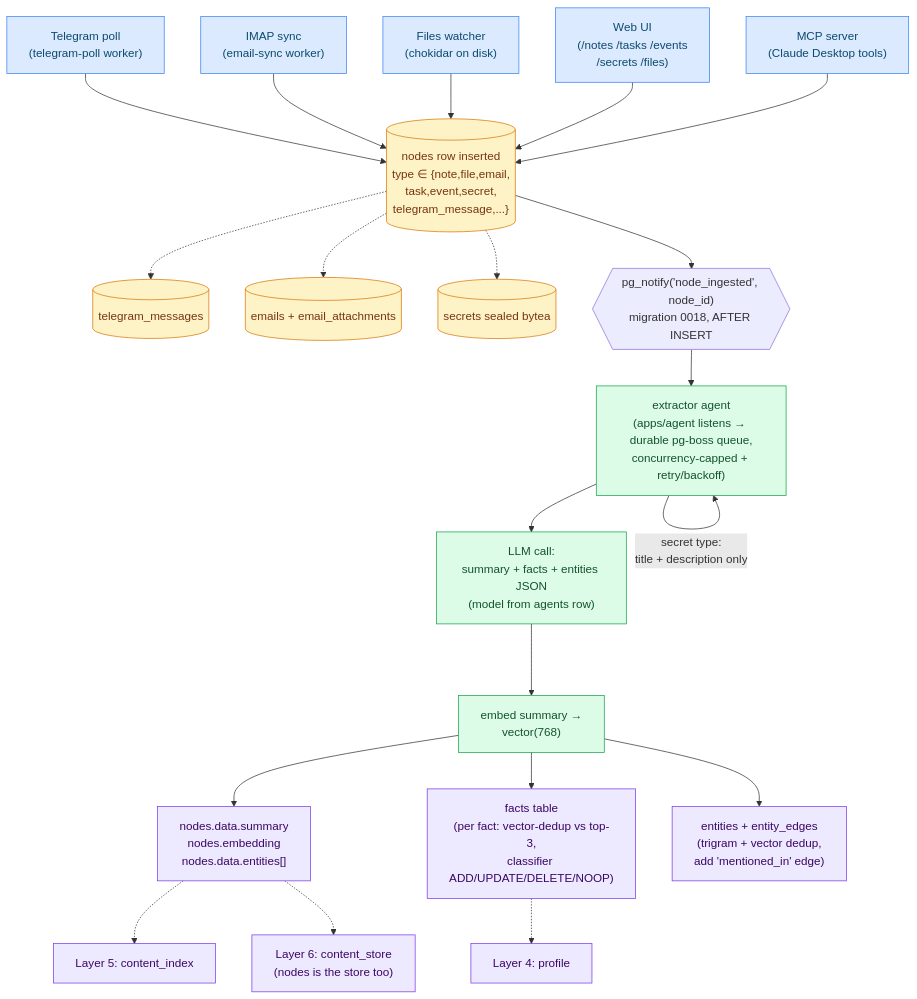
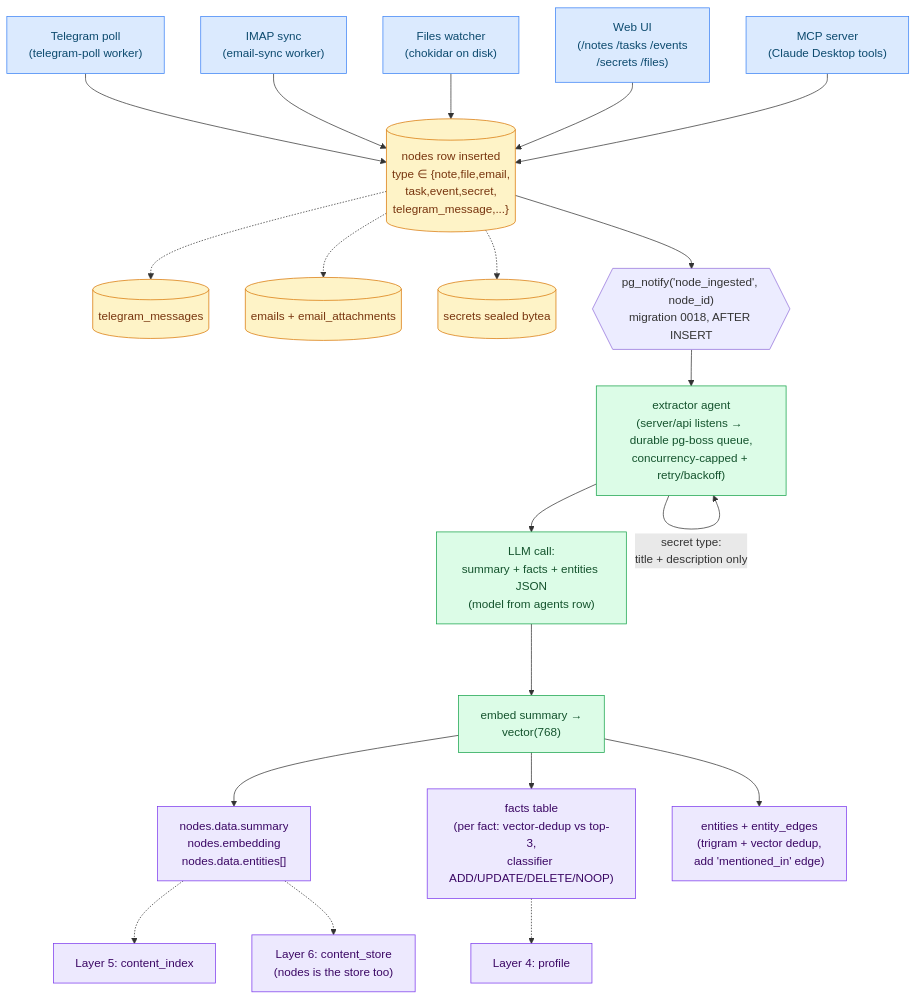
Before and after one commit to crossworks-engineering/mantle: the first of 2 diagrams in docs/memory.md, drawn with Mermaid. The commit also changed other lines of this file and 268 other files, not shown here.

````diff
--- a/docs/memory.md
+++ b/docs/memory.md
@@ -70,45 +70,45 @@
 ```mermaid
 flowchart TD
     classDef source fill:#dbeafe,stroke:#3b82f6,color:#0c4a6e
     classDef store  fill:#fef3c7,stroke:#d97706,color:#78350f
     classDef agent  fill:#dcfce7,stroke:#16a34a,color:#14532d
     classDef layer  fill:#ede9fe,stroke:#7c3aed,color:#3b0764
 
     %% Ingest sources
     TG["Telegram poll<br/>(telegram-poll worker)"]:::source
     EM["IMAP sync<br/>(email-sync worker)"]:::source
     FW["Files watcher<br/>(chokidar on disk)"]:::source
     WEB["Web UI<br/>(/notes /tasks /events<br/>/secrets /files)"]:::source
     MCP["MCP server<br/>(Claude Desktop tools)"]:::source
 
     %% Persist
     N[("nodes row inserted<br/>type ∈ {note,file,email,<br/>task,event,secret,<br/>telegram_message,...}")]:::store
     TG --> N
     EM --> N
     FW --> N
     WEB --> N
     MCP --> N
 
     %% Specialised tables alongside
     N -.-> TM[("telegram_messages")]:::store
     N -.-> EROW[("emails + email_attachments")]:::store
     N -.-> SR[("secrets sealed bytea")]:::store
 
     %% Trigger
     N --> TR{{"pg_notify('node_ingested', node_id)<br/>migration 0018, AFTER INSERT"}}
 
     %% Extractor agent
-    TR --> EX["extractor agent<br/>(apps/agent listens → durable pg-boss queue,<br/>concurrency-capped + retry/backoff)"]:::agent
+    TR --> EX["extractor agent<br/>(server/api listens → durable pg-boss queue,<br/>concurrency-capped + retry/backoff)"]:::agent
     EX -- "secret type:<br/>title + description only" --> EX
     EX --> SUM["LLM call:<br/>summary + facts + entities JSON<br/>(model from agents row)"]:::agent
     SUM --> EMB["embed summary →<br/>vector(768)"]:::agent
 
     %% Layer writes
     EMB --> CI["nodes.data.summary<br/>nodes.embedding<br/>nodes.data.entities[]"]:::layer
     EMB --> FACTS["facts table<br/>(per fact: vector-dedup vs top-3,<br/>classifier ADD/UPDATE/DELETE/NOOP)"]:::layer
     EMB --> ENT["entities + entity_edges<br/>(trigram + vector dedup,<br/>add 'mentioned_in' edge)"]:::layer
 
     CI -.-> L5["Layer 5: content_index"]:::layer
     CI -.-> L6["Layer 6: content_store<br/>(nodes is the store too)"]:::layer
     FACTS -.-> L4["Layer 4: profile"]:::layer
 ```
````
